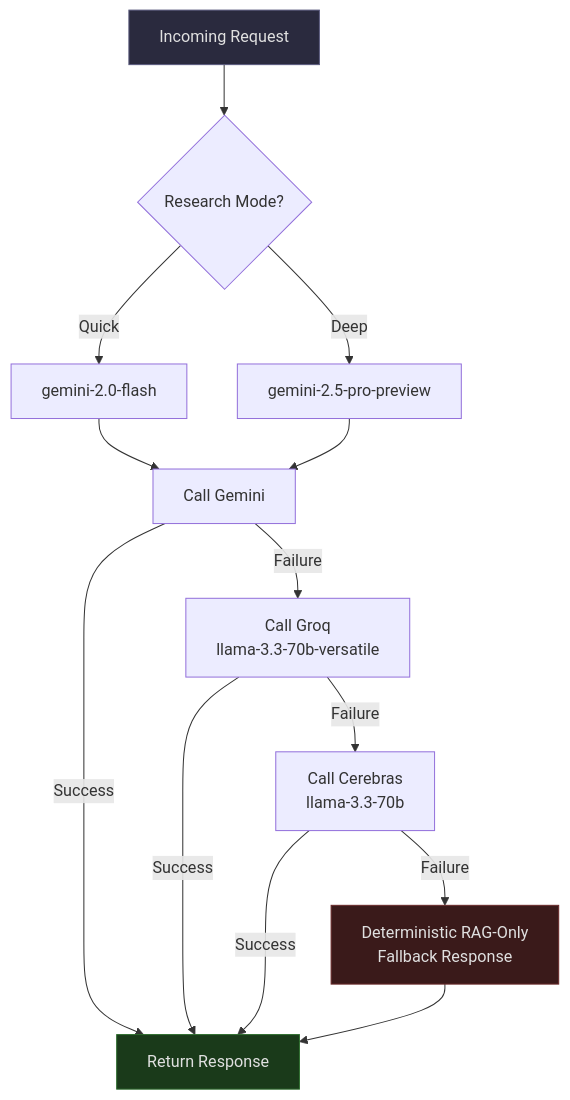
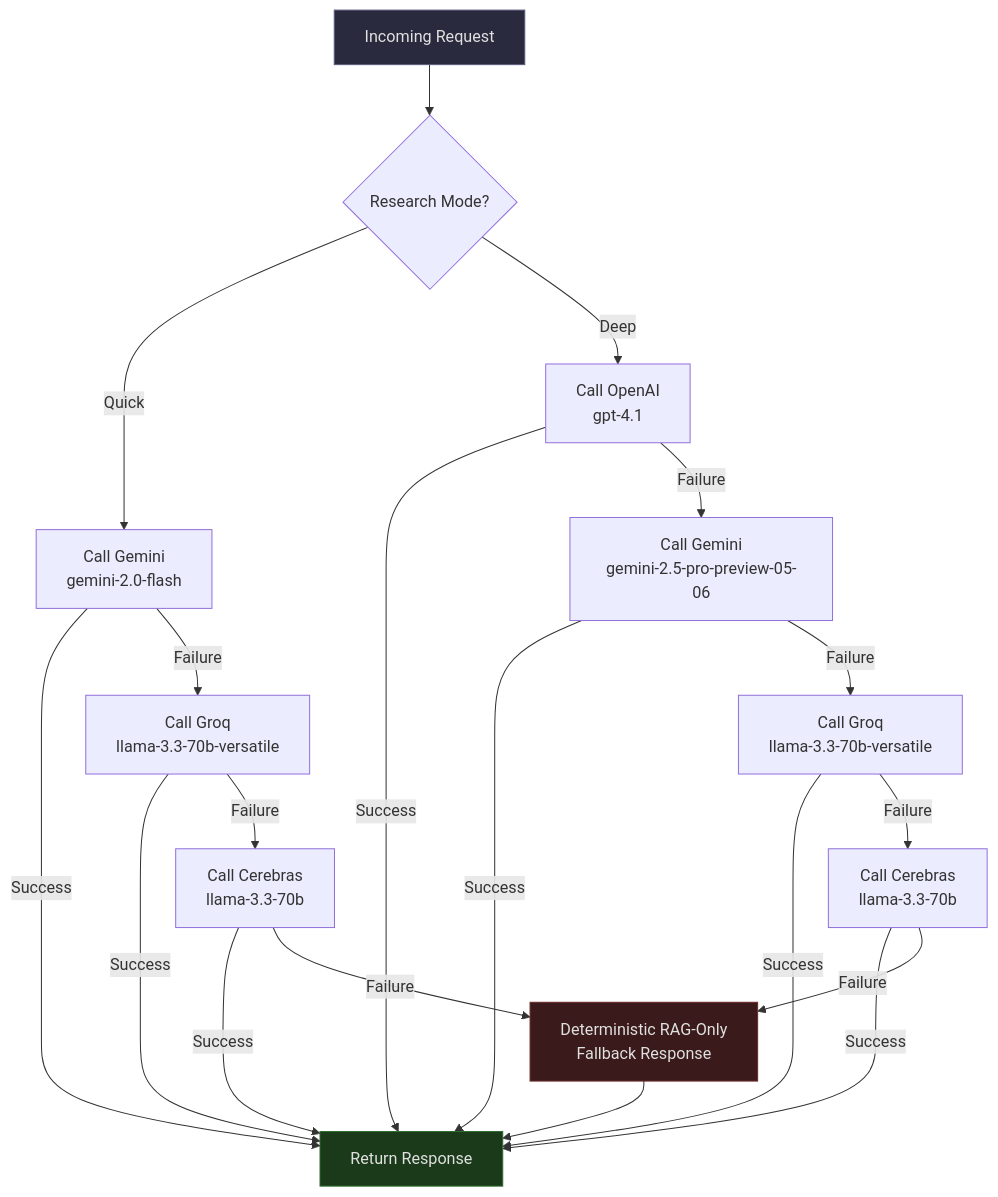
Before and after one commit to subalkum/prism: the fourth of 4 diagrams in README.md, drawn with Mermaid. The commit also changed other lines of this file, not shown here.

````diff
--- a/README.md
+++ b/README.md
@@ -203,25 +205,29 @@
 ```mermaid
 graph TD
     Start["Incoming Request"] --> Mode{"Research Mode?"}
 
-    Mode -->|Quick| QModel["gemini-2.0-flash"]
-    Mode -->|Deep| DModel["gemini-2.5-pro-preview"]
+    Mode -->|Quick| Q1["Call Gemini<br/>gemini-2.0-flash"]
+    Mode -->|Deep| D1["Call OpenAI<br/>gpt-4.1"]
 
-    QModel --> Call1["Call Gemini"]
-    DModel --> Call1
+    Q1 -->|Success| Done["Return Response"]
+    Q1 -->|Failure| Q2["Call Groq<br/>llama-3.3-70b-versatile"]
+    Q2 -->|Success| Done
+    Q2 -->|Failure| Q3["Call Cerebras<br/>llama-3.3-70b"]
+    Q3 -->|Success| Done
+    Q3 -->|Failure| RAGFallback["Deterministic RAG-Only<br/>Fallback Response"]
 
-    Call1 -->|Success| Done["Return Response"]
-    Call1 -->|Failure| Call2["Call Groq<br/>llama-3.3-70b-versatile"]
-
-    Call2 -->|Success| Done
-    Call2 -->|Failure| Call3["Call Cerebras<br/>llama-3.3-70b"]
-
-    Call3 -->|Success| Done
-    Call3 -->|Failure| RAGFallback["Deterministic RAG-Only<br/>Fallback Response"]
+    D1 -->|Success| Done
+    D1 -->|Failure| D2["Call Gemini<br/>gemini-2.5-pro-preview-05-06"]
+    D2 -->|Success| Done
+    D2 -->|Failure| D3["Call Groq<br/>llama-3.3-70b-versatile"]
+    D3 -->|Success| Done
+    D3 -->|Failure| D4["Call Cerebras<br/>llama-3.3-70b"]
+    D4 -->|Success| Done
+    D4 -->|Failure| RAGFallback
 
     RAGFallback --> Done
 
     style Start fill:#2a2a3e,stroke:#5a5a7e,color:#e0e0e0
     style Done fill:#1a3a1a,stroke:#2a6a2a,color:#e0e0e0
     style RAGFallback fill:#3a1a1a,stroke:#6a2a2a,color:#e0e0e0
 ```
````
